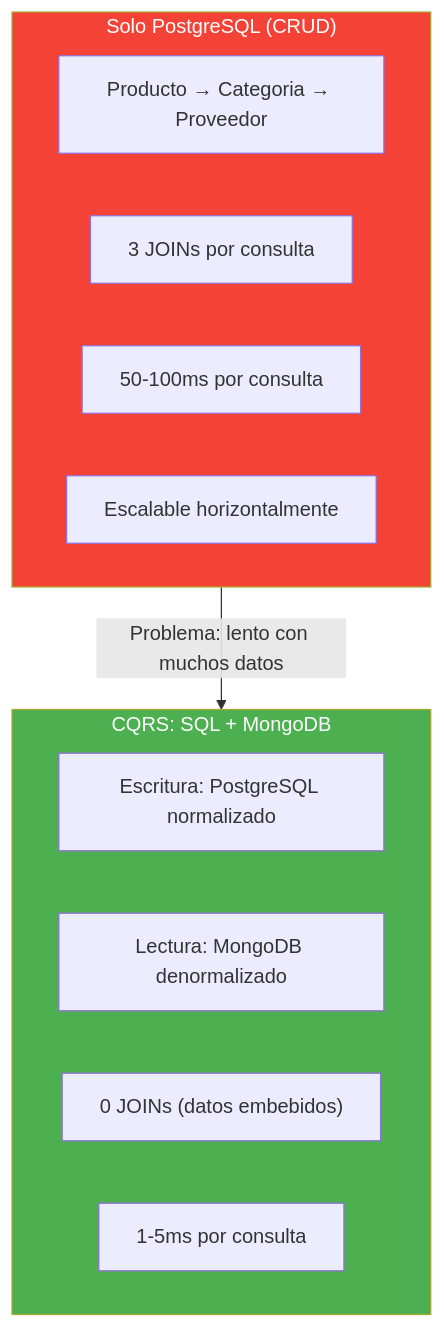
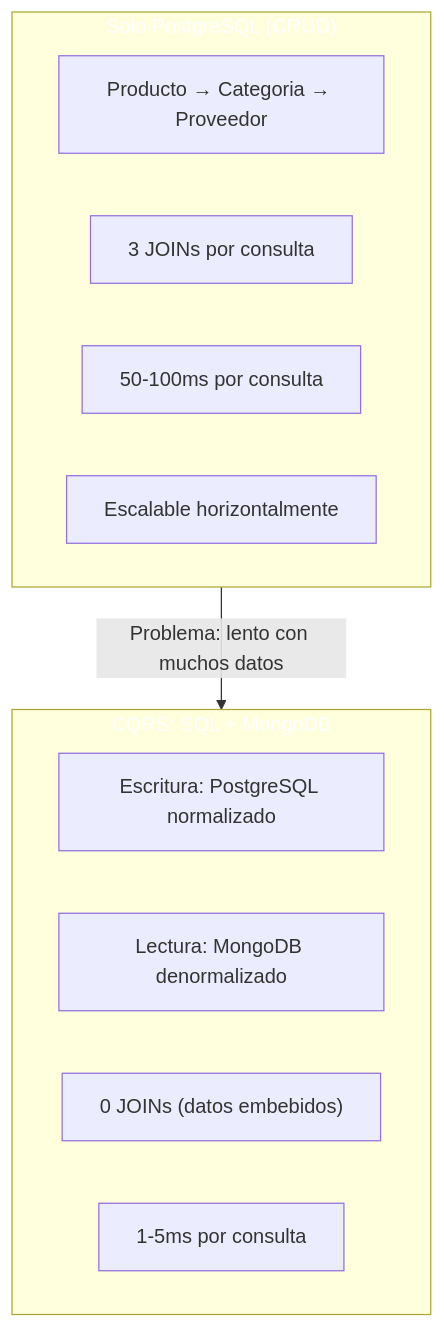
One commit to joseluisgs/DesarrolloWebEntornosServidor-02-2026-2027 changed the fifth of 24 diagrams in 30-cqrs-mediator.md. Above: the diagram before and after it, drawn with Mermaid. The commit also changed other lines of this file and 41 other files, not shown here.

````diff
--- a/30-cqrs-mediator.md
+++ b/30-cqrs-mediator.md
@@ -340,21 +340,21 @@
 ```mermaid
 flowchart TD
     subgraph SOLO_SQL["Solo PostgreSQL (CRUD)"]
         S1["Producto → Categoria → Proveedor"]
         S2["3 JOINs por consulta"]
         S3["50-100ms por consulta"]
         S4["Escalable horizontalmente"]
     end
 
     subgraph CQRS["CQRS: SQL + MongoDB"]
         C1["Escritura: PostgreSQL normalizado"]
         C2["Lectura: MongoDB denormalizado"]
         C3["0 JOINs (datos embebidos)"]
         C4["1-5ms por consulta"]
     end
 
     SOLO_SQL -->|"Problema: lento con muchos datos"| CQRS
 
-    style SOLO_SQL fill:#f44336,color:#fff
-    style CQRS fill:#4CAF50,color:#fff
+    style SOLO_SQL fill:#f4433,color:#fff6,color:#fff
+    style CQRS fill:#4CAF5,color:#fff0,color:#fff
 ```
````
